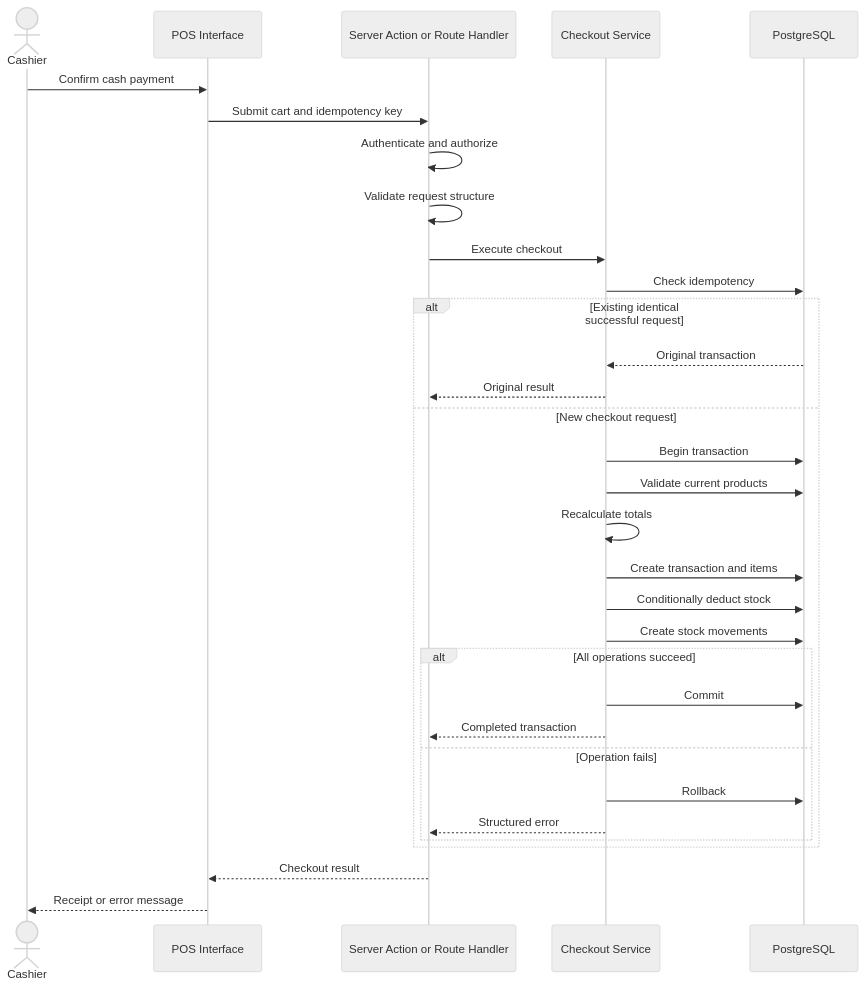
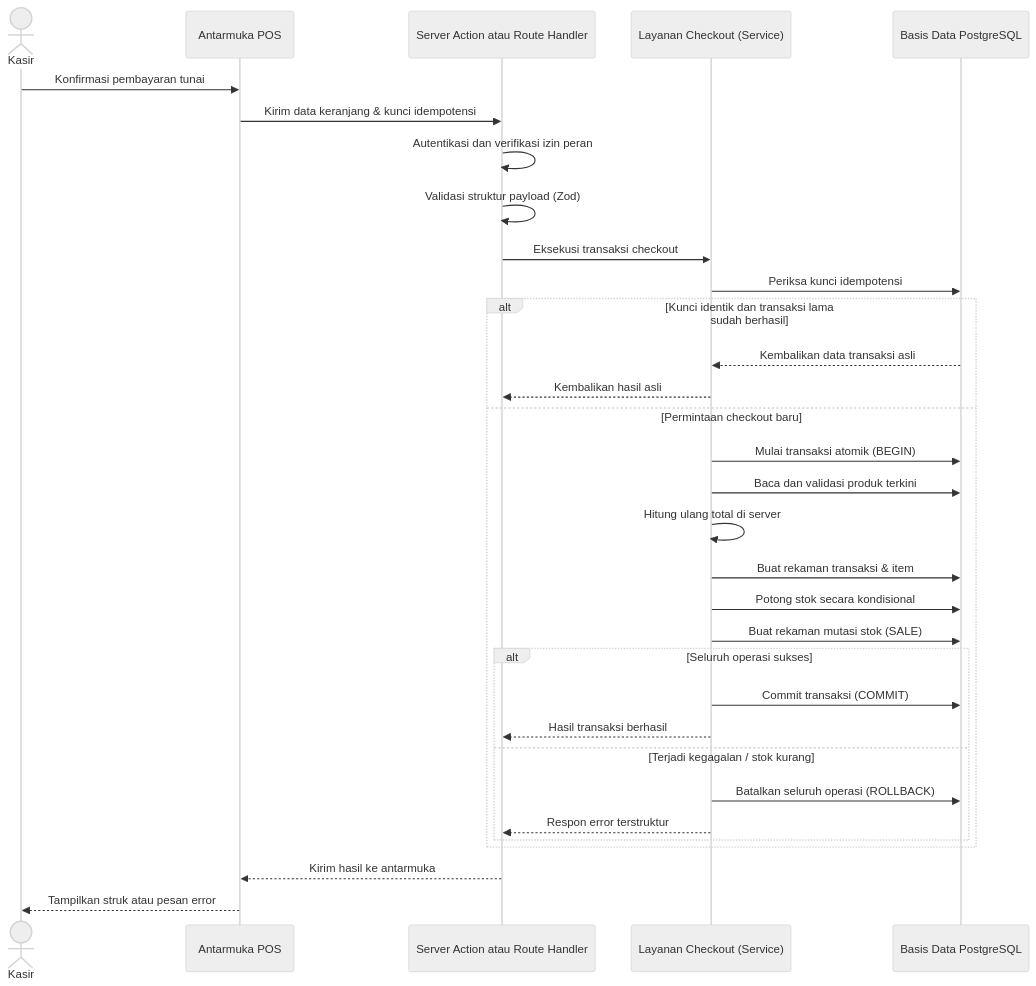
One commit to ZyxxBoy/cashierflow changed the fifth of 10 diagrams in docs/architecture.md. Above: the diagram before and after it, drawn with Mermaid (neutral theme). The commit also changed other lines of this file and 7 other files, not shown here.

````diff
--- a/docs/architecture.md
+++ b/docs/architecture.md
@@ -421,38 +398,38 @@
 ```mermaid
 sequenceDiagram
-    actor Cashier
-    participant UI as POS Interface
-    participant API as Server Action or Route Handler
-    participant Service as Checkout Service
-    participant DB as PostgreSQL
+    actor Cashier as Kasir
+    participant UI as Antarmuka POS
+    participant API as Server Action atau Route Handler
+    participant Service as Layanan Checkout (Service)
+    participant DB as Basis Data PostgreSQL
 
-    Cashier->>UI: Confirm cash payment
-    UI->>API: Submit cart and idempotency key
-    API->>API: Authenticate and authorize
-    API->>API: Validate request structure
-    API->>Service: Execute checkout
-    Service->>DB: Check idempotency
+    Cashier->>UI: Konfirmasi pembayaran tunai
+    UI->>API: Kirim data keranjang & kunci idempotensi
+    API->>API: Autentikasi dan verifikasi izin peran
+    API->>API: Validasi struktur payload (Zod)
+    API->>Service: Eksekusi transaksi checkout
+    Service->>DB: Periksa kunci idempotensi
 
-    alt Existing identical successful request
-        DB-->>Service: Original transaction
-        Service-->>API: Original result
-    else New checkout request
-        Service->>DB: Begin transaction
-        Service->>DB: Validate current products
-        Service->>Service: Recalculate totals
-        Service->>DB: Create transaction and items
-        Service->>DB: Conditionally deduct stock
-        Service->>DB: Create stock movements
+    alt Kunci identik dan transaksi lama sudah berhasil
+        DB-->>Service: Kembalikan data transaksi asli
+        Service-->>API: Kembalikan hasil asli
+    else Permintaan checkout baru
+        Service->>DB: Mulai transaksi atomik (BEGIN)
+        Service->>DB: Baca dan validasi produk terkini
+        Service->>Service: Hitung ulang total di server
+        Service->>DB: Buat rekaman transaksi & item
+        Service->>DB: Potong stok secara kondisional
+        Service->>DB: Buat rekaman mutasi stok (SALE)
 
-        alt All operations succeed
-            Service->>DB: Commit
-            Service-->>API: Completed transaction
-        else Operation fails
-            Service->>DB: Rollback
-            Service-->>API: Structured error
+        alt Seluruh operasi sukses
+            Service->>DB: Commit transaksi (COMMIT)
+            Service-->>API: Hasil transaksi berhasil
+        else Terjadi kegagalan / stok kurang
+            Service->>DB: Batalkan seluruh operasi (ROLLBACK)
+            Service-->>API: Respon error terstruktur
         end
     end
 
-    API-->>UI: Checkout result
-    UI-->>Cashier: Receipt or error message
+    API-->>UI: Kirim hasil ke antarmuka
+    UI-->>Cashier: Tampilkan struk atau pesan error
 ```
````
